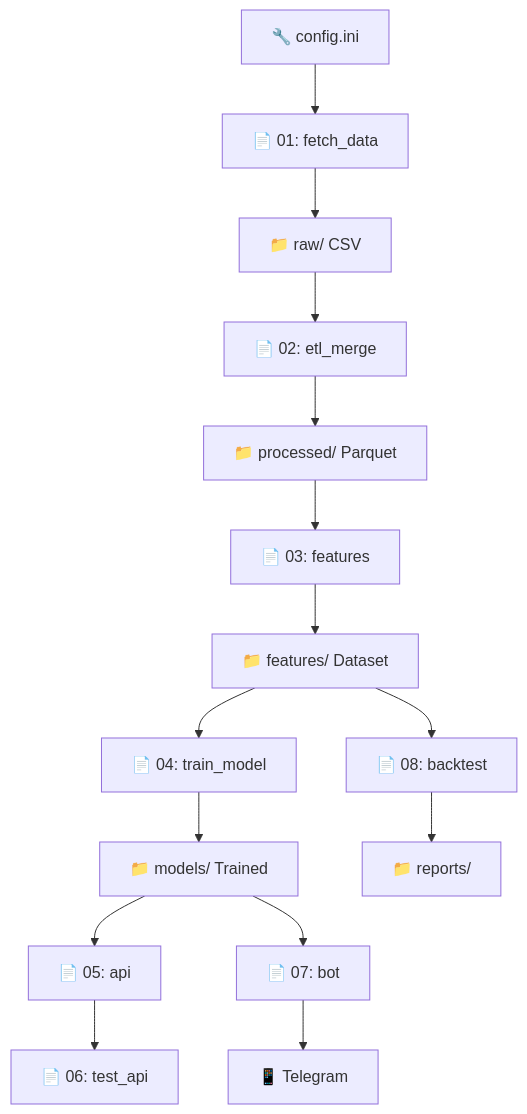
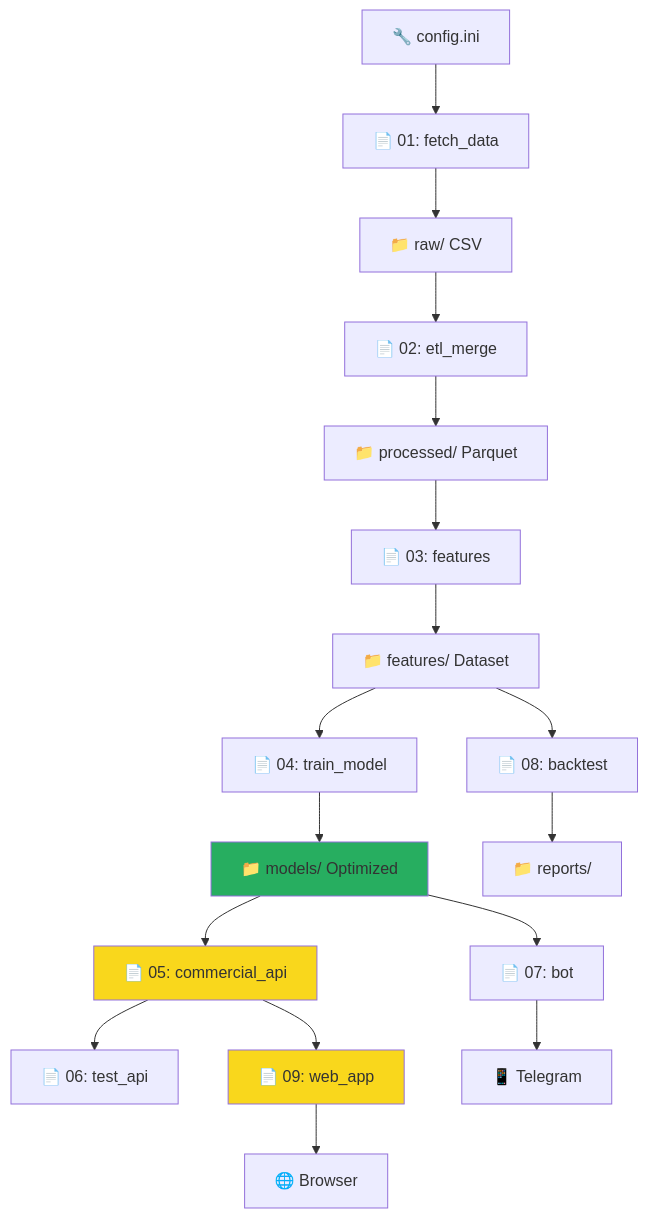
The diagram in data/scripts/readme.md (ama3639/MachineLearning), drawn with Mermaid before and after one commit. The commit also changed other lines of this file and 3 other files, not shown here.

````diff
--- a/data/scripts/readme.md
+++ b/data/scripts/readme.md
@@ -378,11 +235,16 @@
 ```mermaid
 graph TB
     A[🔧 config.ini] --> B[📄 01: fetch_data]
     B --> C[📁 raw/ CSV] --> D[📄 02: etl_merge]
     D --> E[📁 processed/ Parquet] --> F[📄 03: features]
     F --> G[📁 features/ Dataset] --> H[📄 04: train_model]
-    H --> I[📁 models/ Trained] --> J[📄 05: api]
+    H --> I[📁 models/ Optimized] --> J[📄 05: commercial_api]
     J --> K[📄 06: test_api]
     I --> L[📄 07: bot] --> M[📱 Telegram]
-    G --> N[📄 08: backtest] --> O[📁 reports/]
+    J --> N[📄 09: web_app] --> O[🌐 Browser]
+    G --> P[📄 08: backtest] --> Q[📁 reports/]
+    
+    style J fill:#f9d71c
+    style N fill:#f9d71c
+    style I fill:#27ae60
 ```
````
